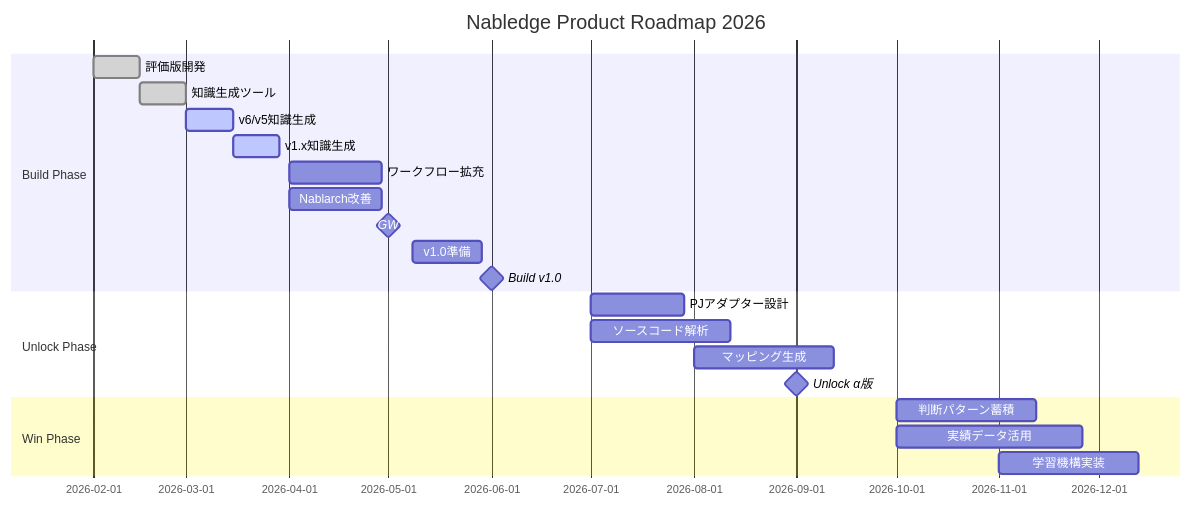
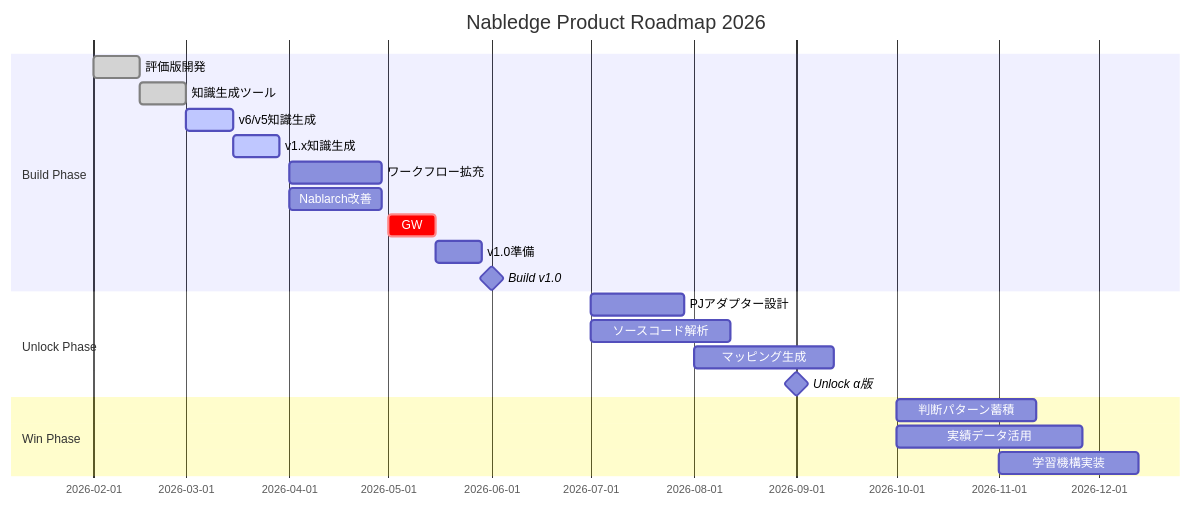
The diagram in doc/development-status.md (nablarch/nabledge-dev), drawn with Mermaid before and after one commit.

Commit message:
Set GW as 2-week period in roadmap
Changes:
- GW: milestone → 2-week period (May 1-15)
- v1.0準備: adjust start date to May 15, duration to 2w
- Total timeline preserved: v1.0 release on June 1

GW now shows as critical period (休暇) in the chart.

````diff
--- a/doc/development-status.md
+++ b/doc/development-status.md
@@ -19,27 +19,27 @@
 ```mermaid
 gantt
     title Nabledge Product Roadmap 2026
     dateFormat YYYY-MM-DD
 
     section Build Phase
     評価版開発                :done, 2026-02-01, 2w
     知識生成ツール            :done, 2026-02-15, 2w
     v6/v5知識生成            :active, 2026-03-01, 2w
     v1.x知識生成             :active, 2026-03-15, 2w
     ワークフロー拡充          :2026-04-01, 4w
     Nablarch改善             :2026-04-01, 4w
-    GW                      :milestone, 2026-05-01, 0d
-    v1.0準備                :2026-05-08, 3w
+    GW                      :crit, 2026-05-01, 2w
+    v1.0準備                :2026-05-15, 2w
     Build v1.0              :milestone, 2026-06-01, 0d
 
     section Unlock Phase
     PJアダプター設計          :2026-07-01, 4w
     ソースコード解析          :2026-07-01, 6w
     マッピング生成           :2026-08-01, 6w
     Unlock α版              :milestone, 2026-09-01, 0d
 
     section Win Phase
     判断パターン蓄積          :2026-10-01, 6w
     実績データ活用           :2026-10-01, 8w
     学習機構実装             :2026-11-01, 6w
 ```
````
